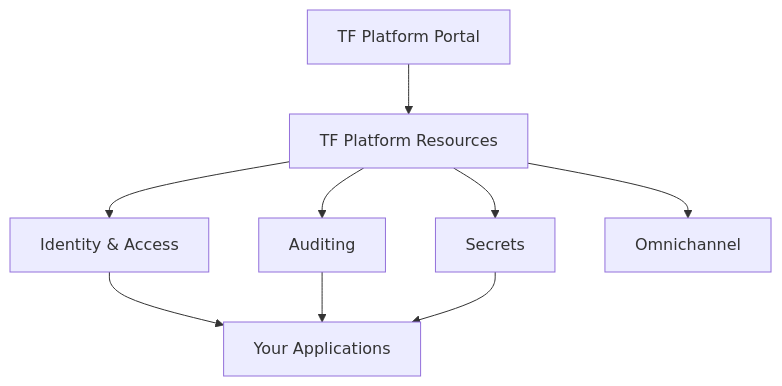
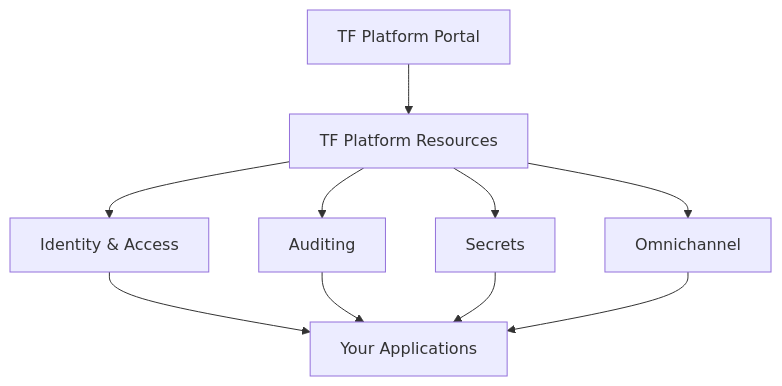
The diagram in tf-platform/overview.md (simptel/docs.simptel.com), drawn with Mermaid before and after one commit.

Commit message:
GITBOOK-168: No subject

````diff
--- a/tf-platform/overview.md
+++ b/tf-platform/overview.md
@@ -19,12 +19,13 @@
 ```mermaid fullWidth="false"
 graph TD
   A["TF Platform Portal"] --> B["TF Platform Resources"]
   B --> C["Identity & Access"]
   B --> D["Auditing"]
   B --> E["Secrets"]
   B --> G["Omnichannel"]
 
   C --> F["Your Applications"] 
   D --> F
   E --> F
+  G --> F
 ```
````
